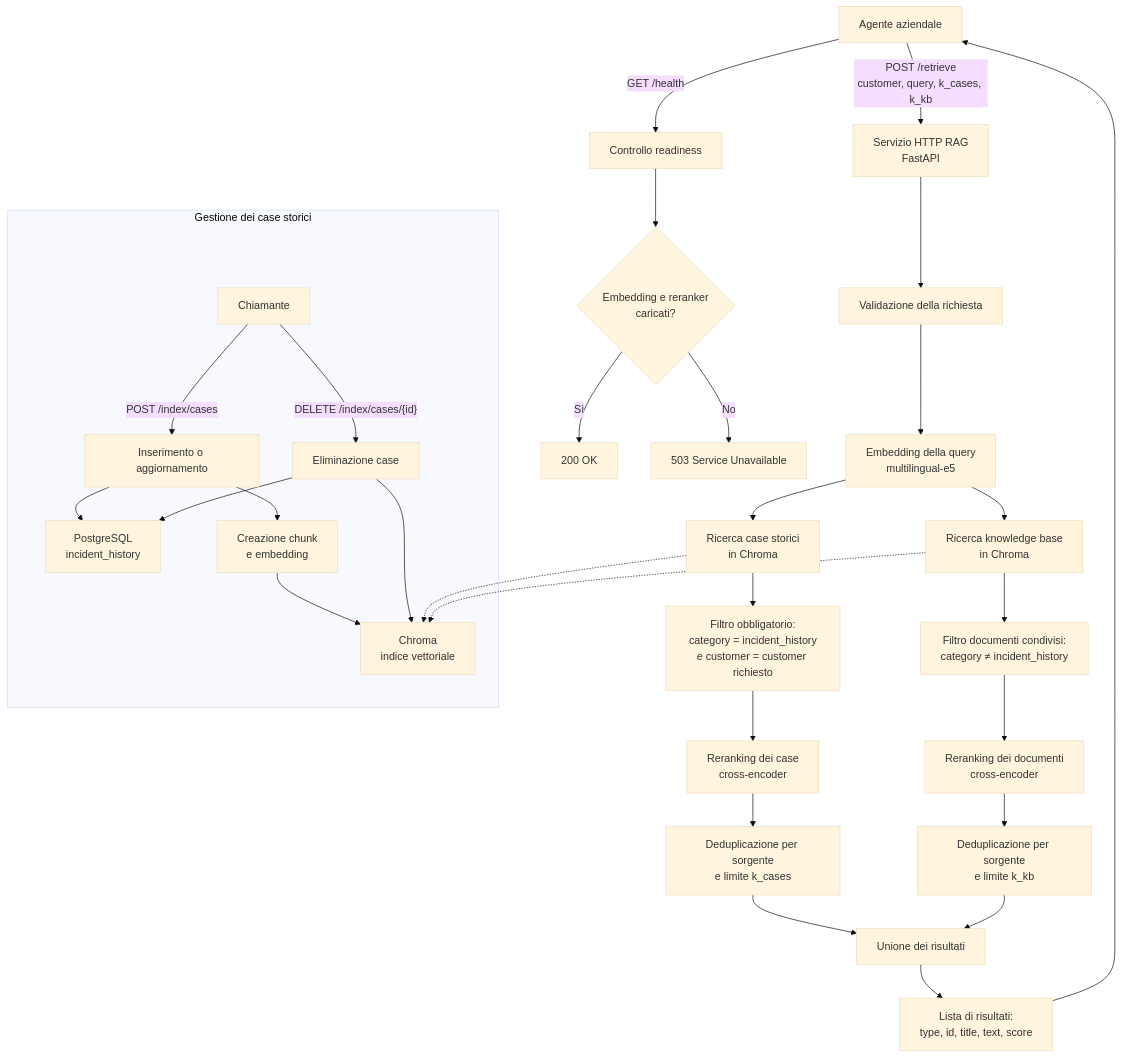
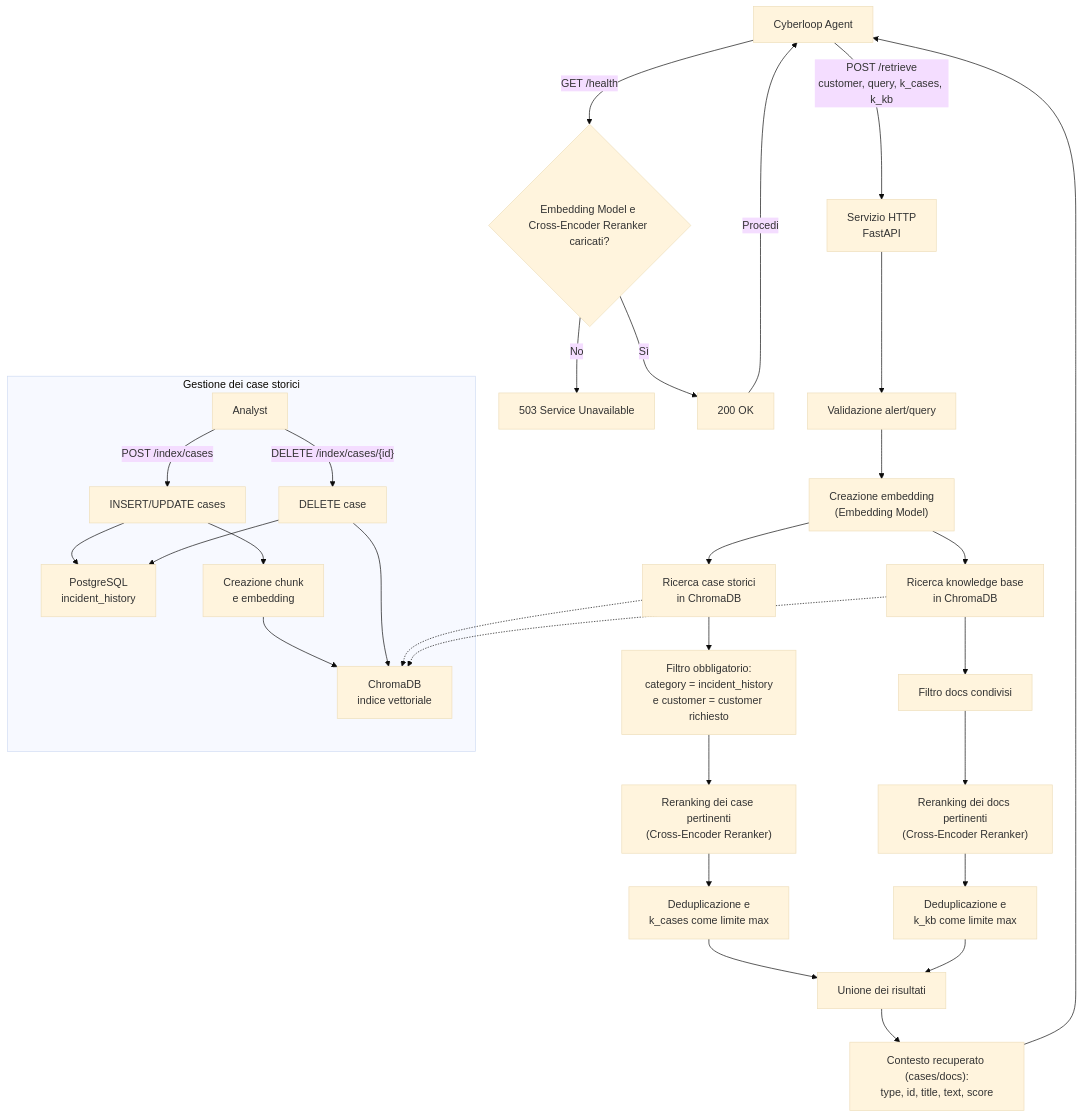
Before and after one commit to floyddc/Cyberloop-Framework: the diagram in diagrams/flow.md, drawn with Mermaid (base theme). The commit also changed 9 other files, not shown here.

````diff
--- a/diagrams/flow.md
+++ b/diagrams/flow.md
@@ -1,41 +1,43 @@
 ```mermaid
 flowchart TD
-    Agent["Agente aziendale"] -->|"POST /retrieve<br/>customer, query, k_cases, k_kb"| API["Servizio HTTP RAG<br/>FastAPI"]
+    Agent["Cyberloop Agent"] -->|"POST /retrieve<br/>customer, query, k_cases, k_kb"| API["Servizio HTTP<br/>FastAPI"]
+    Agent -->|"GET /health"| Ready{"Embedding Model e <br/>Cross-Encoder Reranker caricati?"}
+    
+    Ready -->|"No"| HealthWait["503 Service Unavailable"]
+    Ready -->|"Sì"| HealthOK["200 OK"]
+    HealthOK --> |"Procedi"|Agent
 
-    Agent -->|"GET /health"| Health["Controllo readiness"]
-    Health --> Ready{"Embedding e reranker<br/>caricati?"}
-    Ready -->|"Sì"| HealthOK["200 OK"]
-    Ready -->|"No"| HealthWait["503 Service Unavailable"]
+    
 
-    API --> Validate["Validazione della richiesta"]
-    Validate --> Embed["Embedding della query<br/>multilingual-e5"]
-    Embed --> CaseSearch["Ricerca case storici<br/>in Chroma"]
-    Embed --> KBSearch["Ricerca knowledge base<br/>in Chroma"]
+    API --> Validate["Validazione alert/query"]
+    Validate --> Embed["Creazione embedding<br/>(Embedding Model)"]
+    Embed --> CaseSearch["Ricerca case storici<br/>in ChromaDB"]
+    Embed --> KBSearch["Ricerca knowledge base<br/>in ChromaDB"]
 
     CaseSearch --> CaseFilter["Filtro obbligatorio:<br/>category = incident_history<br/>e customer = customer richiesto"]
-    KBSearch --> KBFilter["Filtro documenti condivisi:<br/>category ≠ incident_history"]
+    KBSearch --> KBFilter["Filtro docs condivisi"]
 
-    CaseFilter --> CaseRerank["Reranking dei case<br/>cross-encoder"]
-    KBFilter --> KBRerank["Reranking dei documenti<br/>cross-encoder"]
+    CaseFilter --> CaseRerank["Reranking dei case pertinenti<br/>(Cross-Encoder Reranker)"]
+    KBFilter --> KBRerank["Reranking dei docs pertinenti<br/>(Cross-Encoder Reranker)"]
 
-    CaseRerank --> CaseLimit["Deduplicazione per sorgente<br/>e limite k_cases"]
-    KBRerank --> KBLimit["Deduplicazione per sorgente<br/>e limite k_kb"]
+    CaseRerank --> CaseLimit["Deduplicazione e <br/> k_cases come limite max"]
+    KBRerank --> KBLimit["Deduplicazione e <br/> k_kb come limite max"]
 
     CaseLimit --> Merge["Unione dei risultati"]
     KBLimit --> Merge
-    Merge --> Response["Lista di risultati:<br/>type, id, title, text, score"]
+    Merge --> Response["Contesto recuperato (cases/docs):<br/>type, id, title, text, score"]
     Response --> Agent
 
     subgraph Indexing["Gestione dei case storici"]
-        Client["Chiamante"] -->|"POST /index/cases"| Upsert["Inserimento o aggiornamento"]
+        Client["Analyst"] -->|"POST /index/cases"| Upsert["INSERT/UPDATE cases"]
         Upsert --> DB["PostgreSQL<br/>incident_history"]
         Upsert --> Chunks["Creazione chunk<br/>e embedding"]
-        Chunks --> Chroma["Chroma<br/>indice vettoriale"]
-        Client -->|"DELETE /index/cases/{id}"| Delete["Eliminazione case"]
+        Chunks --> ChromaDB["ChromaDB<br/>indice vettoriale"]
+        Client -->|"DELETE /index/cases/{id}"| Delete["DELETE case"]
         Delete --> DB
-        Delete --> Chroma
+        Delete --> ChromaDB
     end
 
-    CaseSearch -.-> Chroma
-    KBSearch -.-> Chroma
+    CaseSearch -.-> ChromaDB
+    KBSearch -.-> ChromaDB
 ```
````
